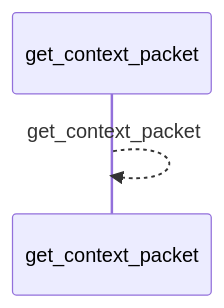
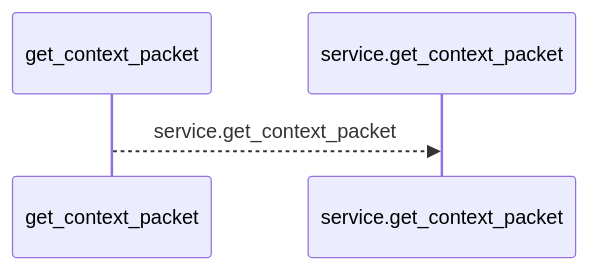
Before and after one commit to Denissvgn/python-wiki-llm: the first of 2 diagrams in docs/llm_wiki/flows/mcp-get_context_packet.md, drawn with Mermaid. The commit also changed other lines of this file and 719 other files, not shown here.

````diff
--- a/docs/llm_wiki/flows/mcp-get_context_packet.md
+++ b/docs/llm_wiki/flows/mcp-get_context_packet.md
@@ -10,5 +10,6 @@
 ```mermaid
 sequenceDiagram
     participant p0 as get_context_packet
-    p0-->>p0: get_context_packet
+    participant p1 as service.get_context_packet
+    p0-->>p1: service.get_context_packet
 ```
````
